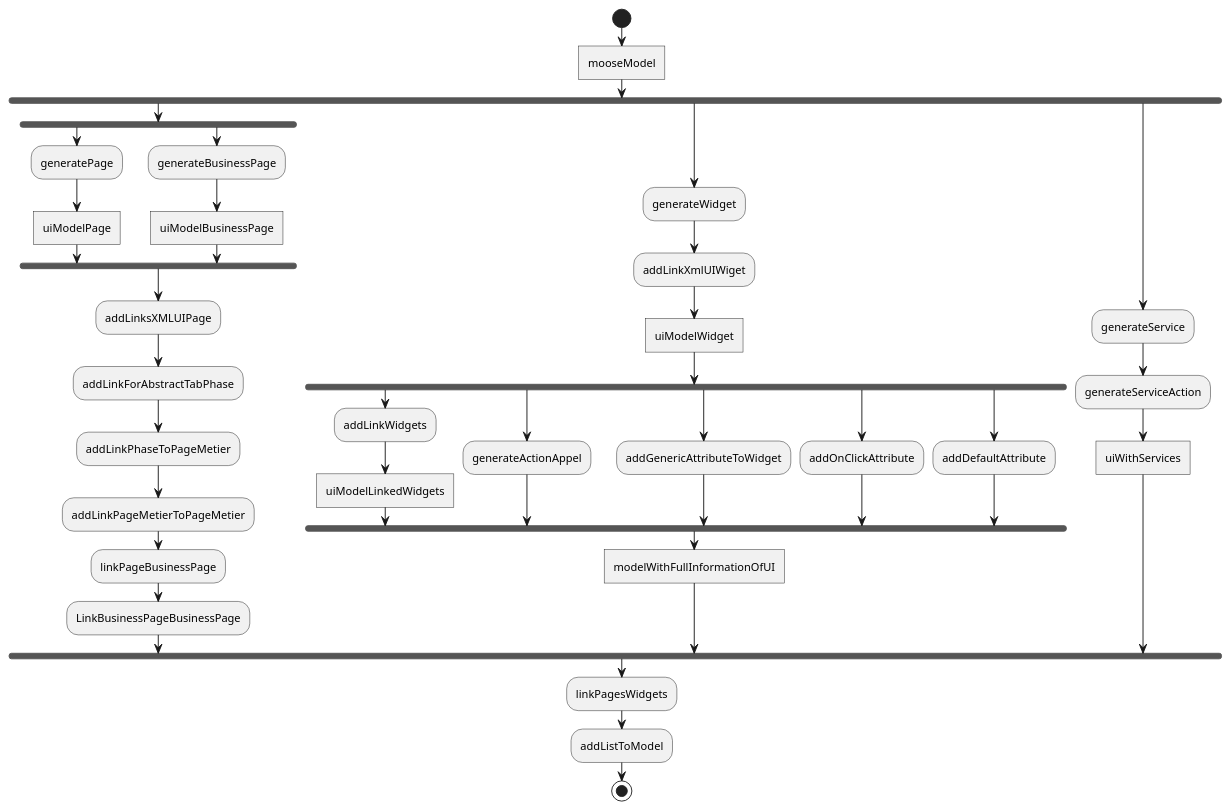
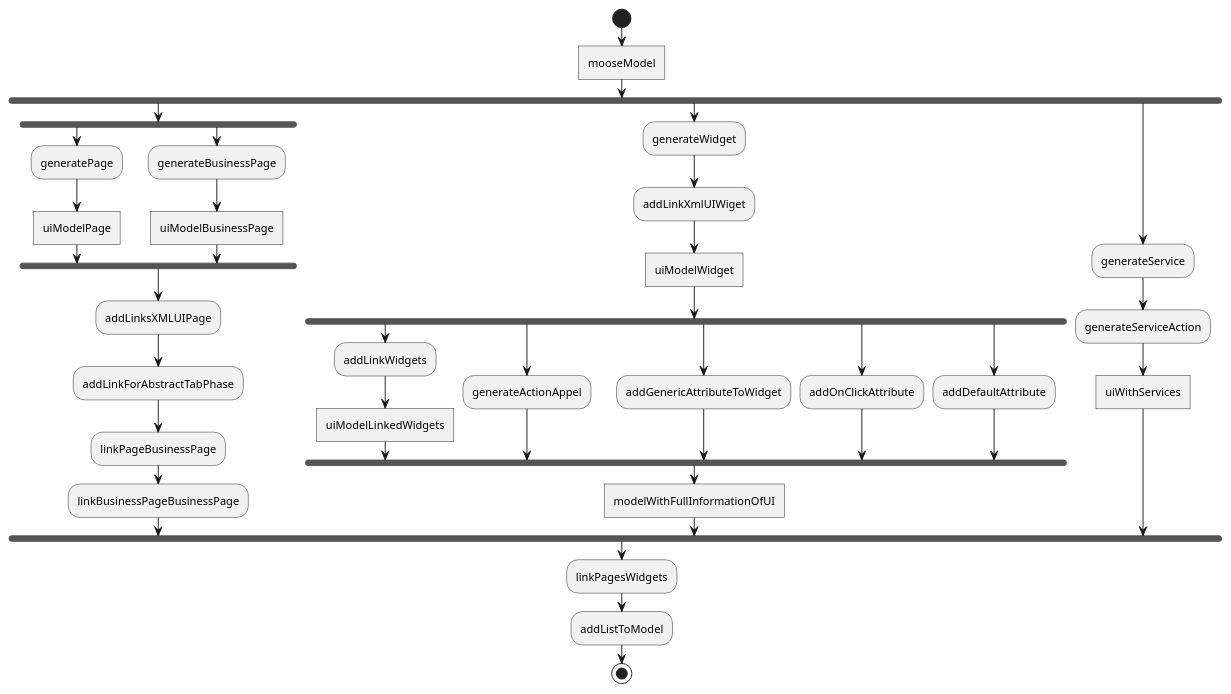
The diagram in doc/process.puml (badetitou/Casino), drawn with PlantUML before and after one commit.

```diff
--- a/doc/process.puml
+++ b/doc/process.puml
@@ -1,44 +1,42 @@
 @startuml
 | UI |
 start
 :mooseModel]
 fork
     fork 
         :generatePage;
         :uiModelPage]
     fork again
         :generateBusinessPage;
         :uiModelBusinessPage]
     fork end
 :addLinksXMLUIPage;
 :addLinkForAbstractTabPhase;
-:addLinkPhaseToPageMetier;
-:addLinkPageMetierToPageMetier;
 :linkPageBusinessPage;
-:LinkBusinessPageBusinessPage;
+:linkBusinessPageBusinessPage;
 fork again
     :generateWidget;
     :addLinkXmlUIWiget;
     :uiModelWidget]
     fork
         :addLinkWidgets;
         :uiModelLinkedWidgets]
     fork again
         :generateActionAppel;
     fork again
         :addGenericAttributeToWidget;
     fork again
         :addOnClickAttribute;
     fork again
         :addDefaultAttribute;
     end fork
     :modelWithFullInformationOfUI]
 fork again
     :generateService;
     :generateServiceAction;
     :uiWithServices]
 end fork
 :linkPagesWidgets;
 :addListToModel;
 stop
 @enduml
```
